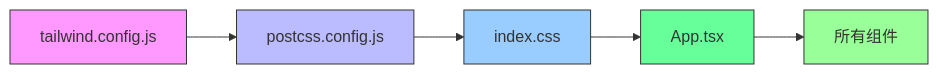
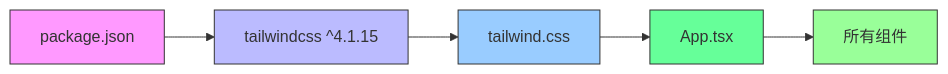
Before and after one commit to fengerzh/react-vscode-template: the sixth of 6 diagrams in .qoder/repowiki/zh/content/样式方案/样式方案.md, drawn with Mermaid. The commit also changed other lines of this file and 6 other files, not shown here.

````diff
--- a/.qoder/repowiki/zh/content/样式方案/样式方案.md
+++ b/.qoder/repowiki/zh/content/样式方案/样式方案.md
@@ -176,12 +175,12 @@
 ```mermaid
 graph LR
-A[tailwind.config.js] --> B[postcss.config.js]
-B --> C[index.css]
+A[package.json] --> B[tailwindcss ^4.1.15]
+B --> C[tailwind.css]
 C --> D[App.tsx]
 D --> E[所有组件]
 style A fill:#f9f,stroke:#333
 style B fill:#bbf,stroke:#333
 style C fill:#9cf,stroke:#333
 style D fill:#6f9,stroke:#333
 style E fill:#9f9,stroke:#333
 ```
````
